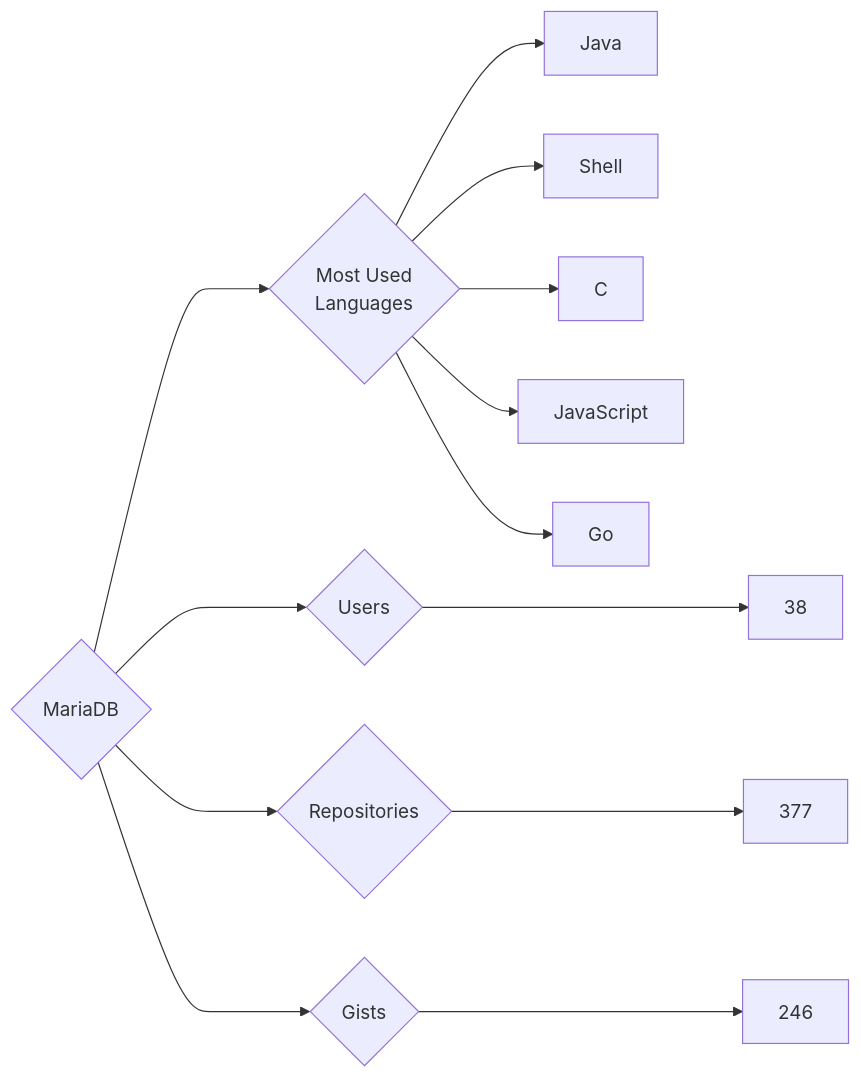
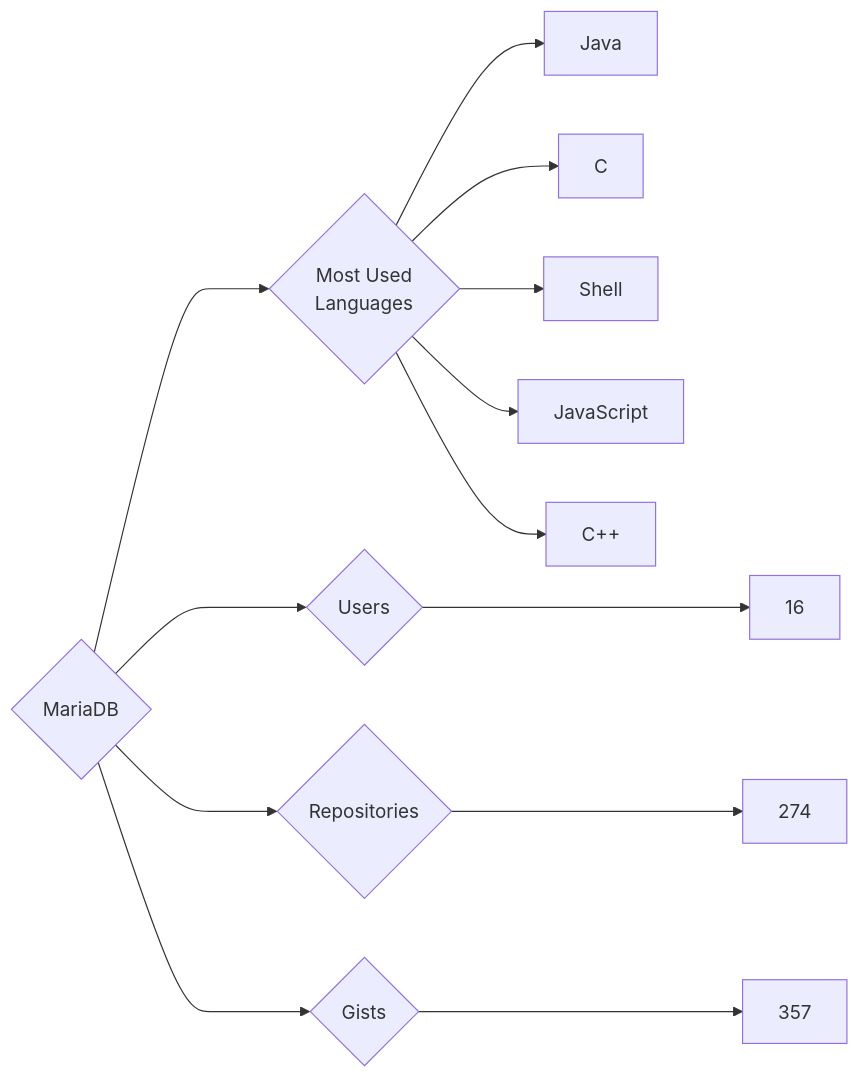
The diagram in targets/MariaDB/README.md (trickest/insiders), drawn with Mermaid before and after one commit. The commit also changed 835 other files, not shown here.

````diff
--- a/targets/MariaDB/README.md
+++ b/targets/MariaDB/README.md
@@ -3,13 +3,13 @@
 ```mermaid
 graph LR
 COMPANY_NAME{MariaDB}
-COMPANY_NAME ---> U{Users} ---> UN[38]
-COMPANY_NAME ---> R{Repositories} ---> RN[377]
-COMPANY_NAME ---> G{Gists} ---> GN[246]
+COMPANY_NAME ---> U{Users} ---> UN[16]
+COMPANY_NAME ---> R{Repositories} ---> RN[274]
+COMPANY_NAME ---> G{Gists} ---> GN[357]
 COMPANY_NAME ---> ML{Most Used<br>Languages}
 ML --> Java[Java]
+ML --> C[C]
 ML --> Shell[Shell]
-ML --> C[C]
 ML --> JavaScript[JavaScript]
-ML --> Go[Go]
+ML --> C++[C++]
 ```
````
